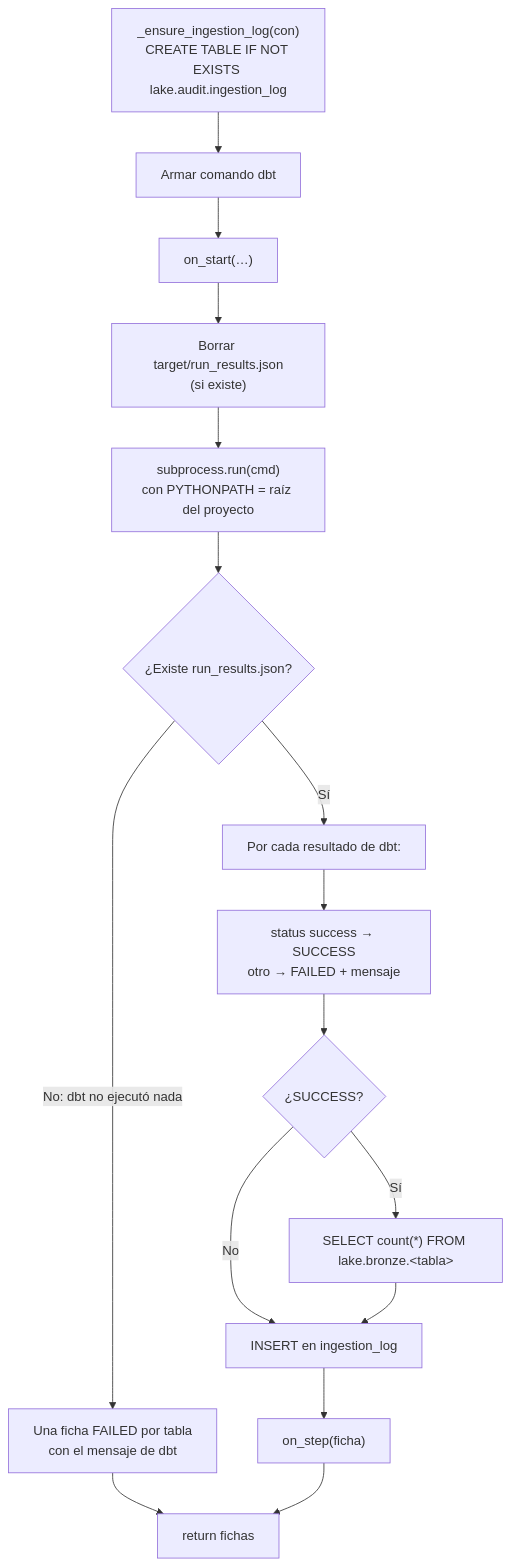
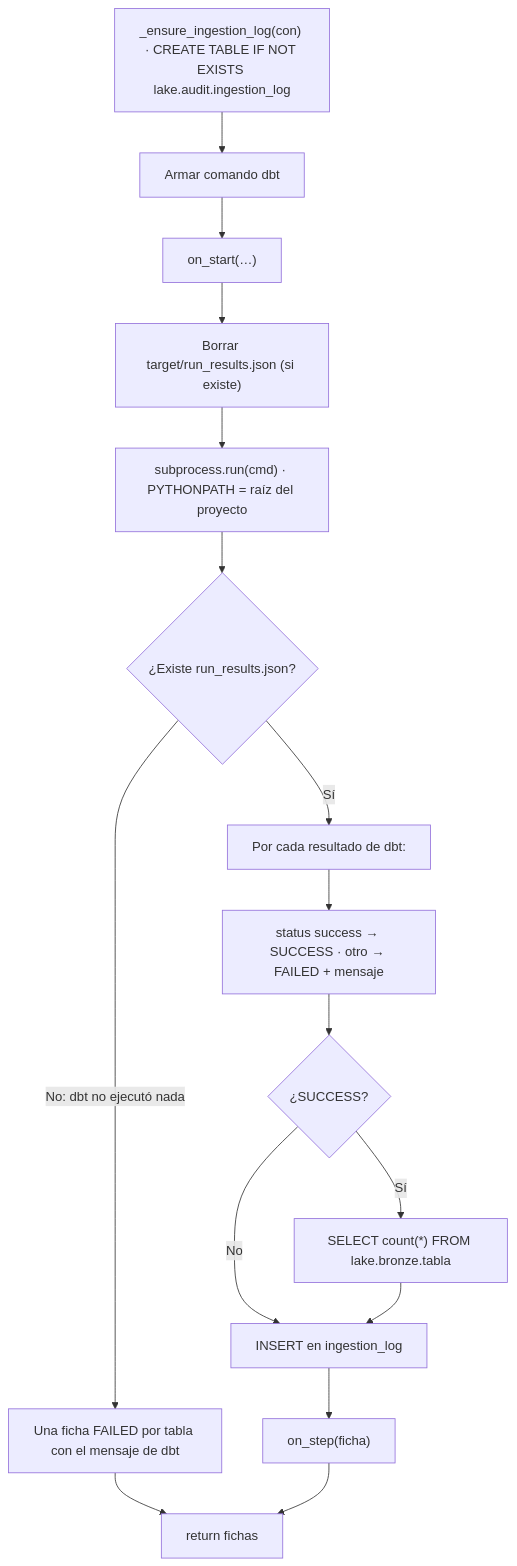
Before and after one commit to dataeng-dev/Data_Architecture: the fourth of 8 diagrams in GUIA_DEL_CODIGO.md, drawn with Mermaid. The commit also changed other lines of this file and 1 other file, not shown here.

````diff
--- a/GUIA_DEL_CODIGO.md
+++ b/GUIA_DEL_CODIGO.md
@@ -370,18 +370,18 @@
 ```mermaid
 flowchart TD
-  A["_ensure_ingestion_log(con)<br/>CREATE TABLE IF NOT EXISTS lake.audit.ingestion_log"] --> B["Armar comando dbt"]
+  A["_ensure_ingestion_log(con) · CREATE TABLE IF NOT EXISTS lake.audit.ingestion_log"] --> B["Armar comando dbt"]
   B --> C["on_start(…)"]
-  C --> D["Borrar target/run_results.json<br/>(si existe)"]
-  D --> E["subprocess.run(cmd)<br/>con PYTHONPATH = raíz del proyecto"]
+  C --> D["Borrar target/run_results.json (si existe)"]
+  D --> E["subprocess.run(cmd) · PYTHONPATH = raíz del proyecto"]
   E --> F{"¿Existe run_results.json?"}
-  F -- "No: dbt no ejecutó nada" --> G["Una ficha FAILED por tabla<br/>con el mensaje de dbt"]
+  F -- "No: dbt no ejecutó nada" --> G["Una ficha FAILED por tabla con el mensaje de dbt"]
   F -- "Sí" --> H["Por cada resultado de dbt:"]
-  H --> I["status success → SUCCESS<br/>otro → FAILED + mensaje"]
+  H --> I["status success → SUCCESS · otro → FAILED + mensaje"]
   I --> J{"¿SUCCESS?"}
-  J -- "Sí" --> K["SELECT count(*) FROM lake.bronze.&lt;tabla&gt;"]
+  J -- "Sí" --> K["SELECT count(*) FROM lake.bronze.tabla"]
   J -- "No" --> L
   K --> L["INSERT en ingestion_log"]
   L --> M["on_step(ficha)"]
   G --> N["return fichas"]
   M --> N
 ```
````
